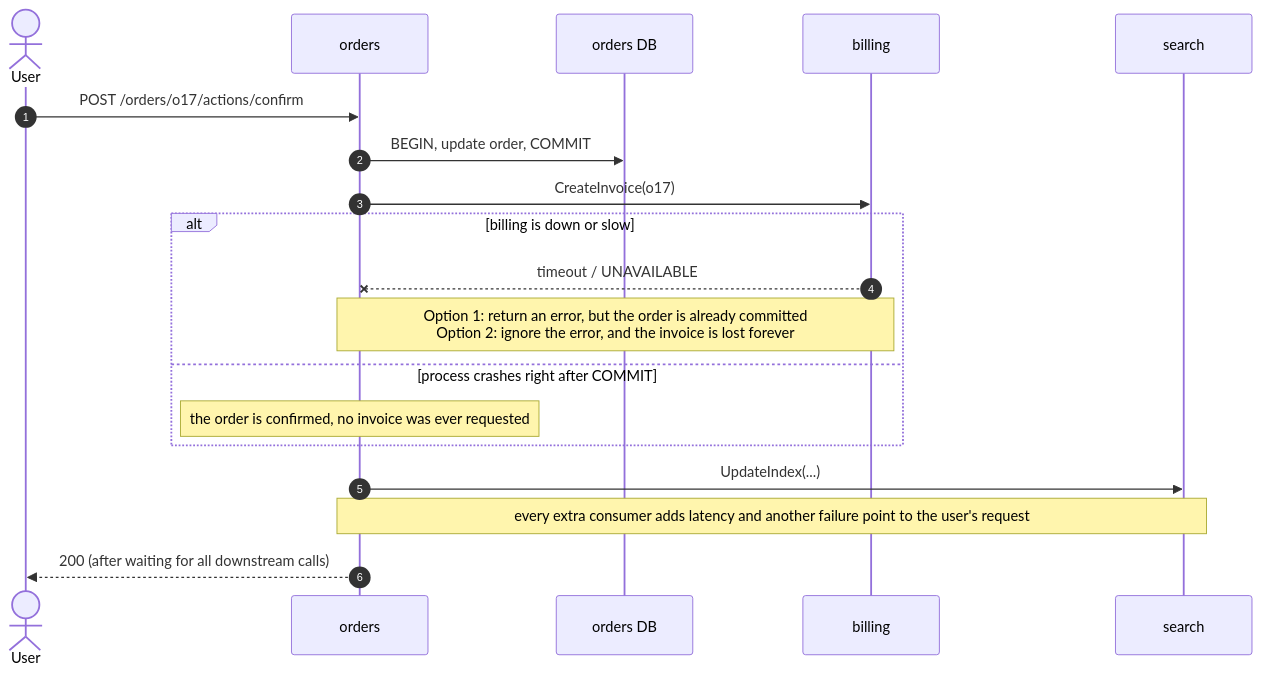
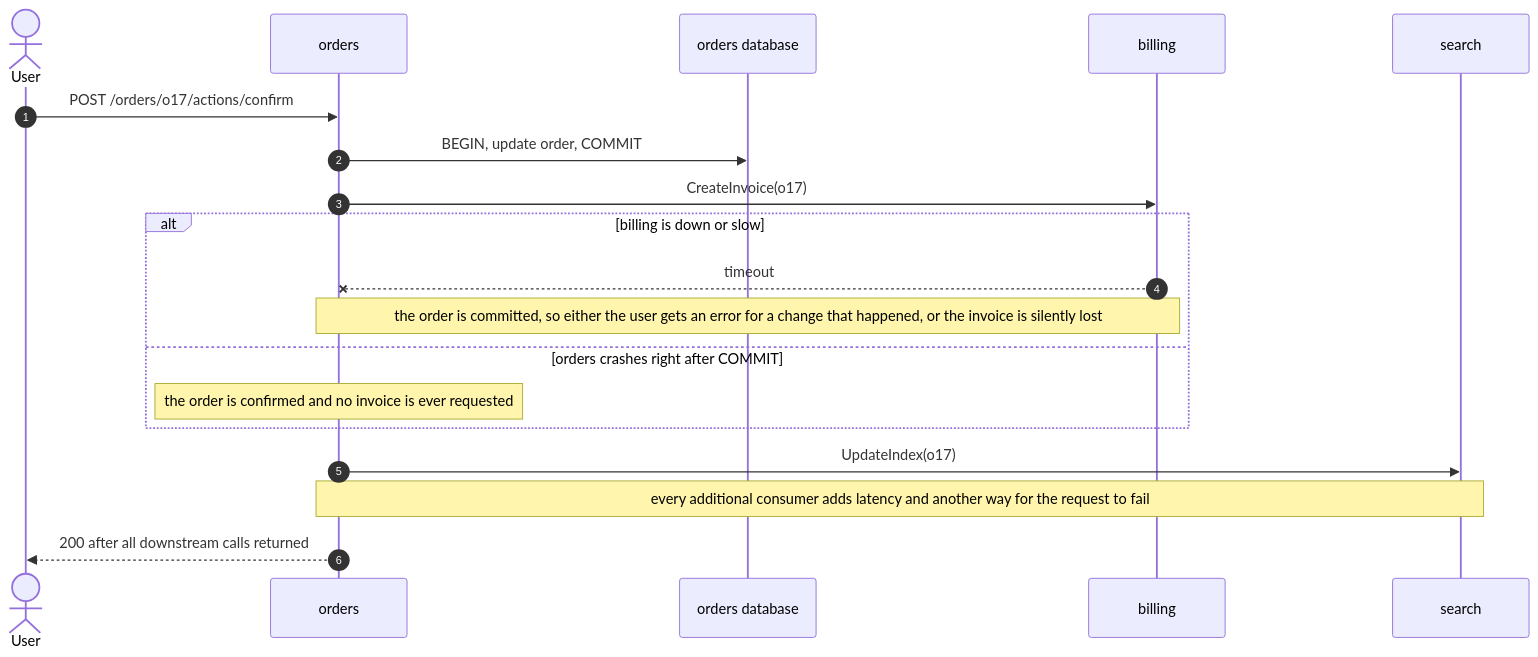
Before and after one commit to eugenezimin/z-event: the first of 17 diagrams in DESIGN.md, drawn with Mermaid. The commit also changed other lines of this file and 6 other files, not shown here.

````diff
--- a/DESIGN.md
+++ b/DESIGN.md
@@ -22,22 +17,22 @@
 ```mermaid
 sequenceDiagram
     autonumber
     actor U as User
     participant O as orders
-    participant ODB as orders DB
+    participant ODB as orders database
     participant B as billing
     participant S as search
 
     U->>O: POST /orders/o17/actions/confirm
     O->>ODB: BEGIN, update order, COMMIT
     O->>B: CreateInvoice(o17)
     alt billing is down or slow
-        B--xO: timeout / UNAVAILABLE
-        Note over O,B: Option 1: return an error, but the order is already committed<br/>Option 2: ignore the error, and the invoice is lost forever
-    else process crashes right after COMMIT
-        Note over O: the order is confirmed, no invoice was ever requested
+        B--xO: timeout
+        Note over O,B: the order is committed, so either the user gets an error for a change that happened, or the invoice is silently lost
+    else orders crashes right after COMMIT
+        Note over O: the order is confirmed and no invoice is ever requested
     end
-    O->>S: UpdateIndex(...)
-    Note over O,S: every extra consumer adds latency and another failure point to the user's request
-    O-->>U: 200 (after waiting for all downstream calls)
+    O->>S: UpdateIndex(o17)
+    Note over O,S: every additional consumer adds latency and another way for the request to fail
+    O-->>U: 200 after all downstream calls returned
 ```
````
